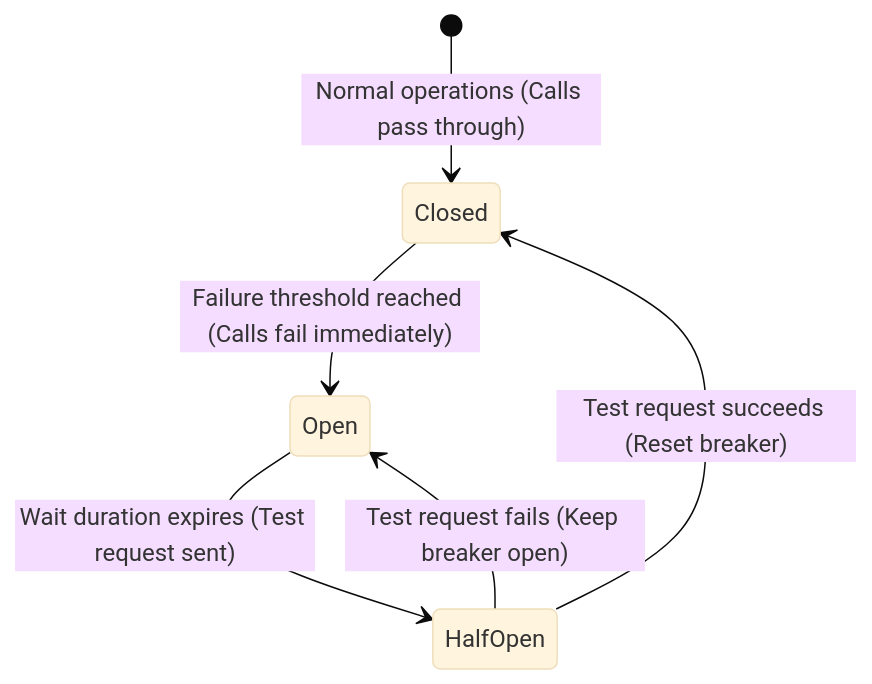
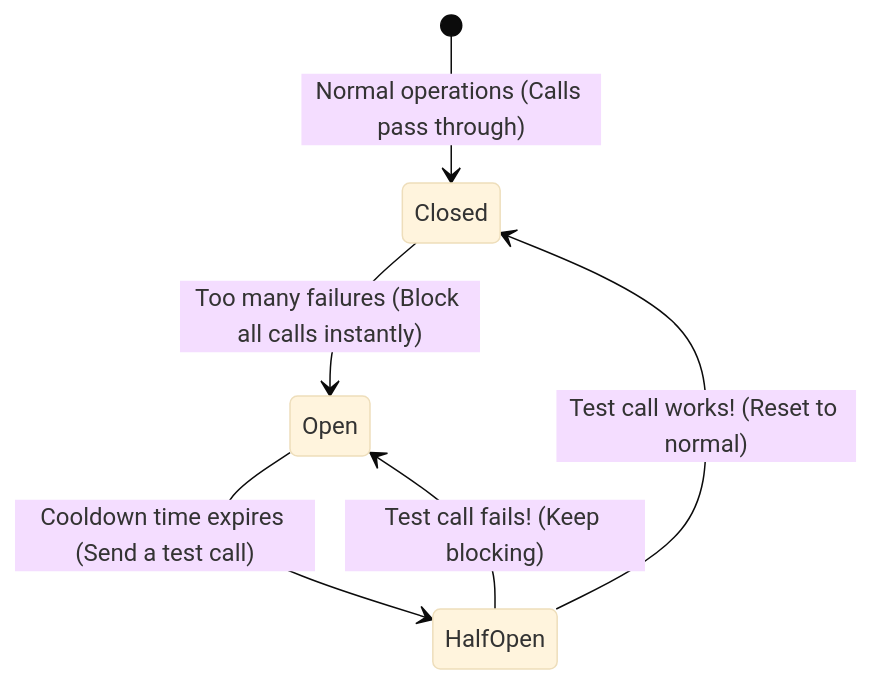
Before and after one commit to PKRacha/system-design: the second of 2 diagrams in basics/03_reliability_apis.md, drawn with Mermaid (base theme). The commit also changed other lines of this file and 6 other files, not shown here.

````diff
--- a/basics/03_reliability_apis.md
+++ b/basics/03_reliability_apis.md
@@ -84,8 +79,8 @@
 ```mermaid
 stateDiagram-v2
     [*] --> Closed : Normal operations (Calls pass through)
-    Closed --> Open : Failure threshold reached (Calls fail immediately)
-    Open --> HalfOpen : Wait duration expires (Test request sent)
-    HalfOpen --> Closed : Test request succeeds (Reset breaker)
-    HalfOpen --> Open : Test request fails (Keep breaker open)
+    Closed --> Open : Too many failures (Block all calls instantly)
+    Open --> HalfOpen : Cooldown time expires (Send a test call)
+    HalfOpen --> Closed : Test call works! (Reset to normal)
+    HalfOpen --> Open : Test call fails! (Keep blocking)
 ```
````
